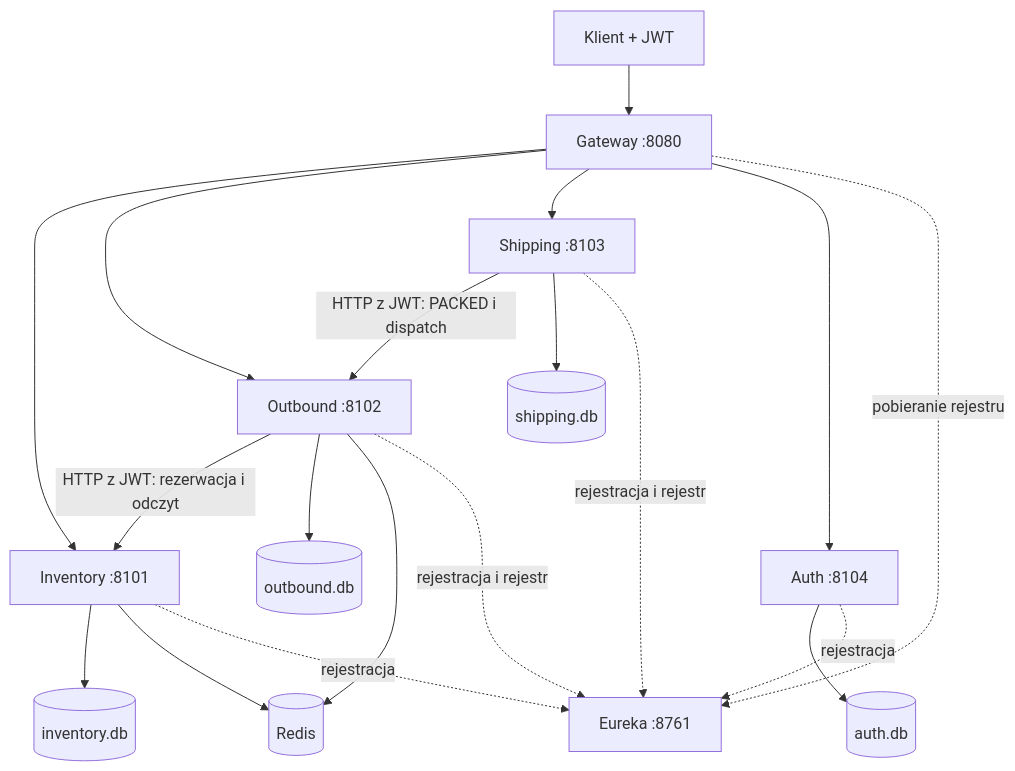
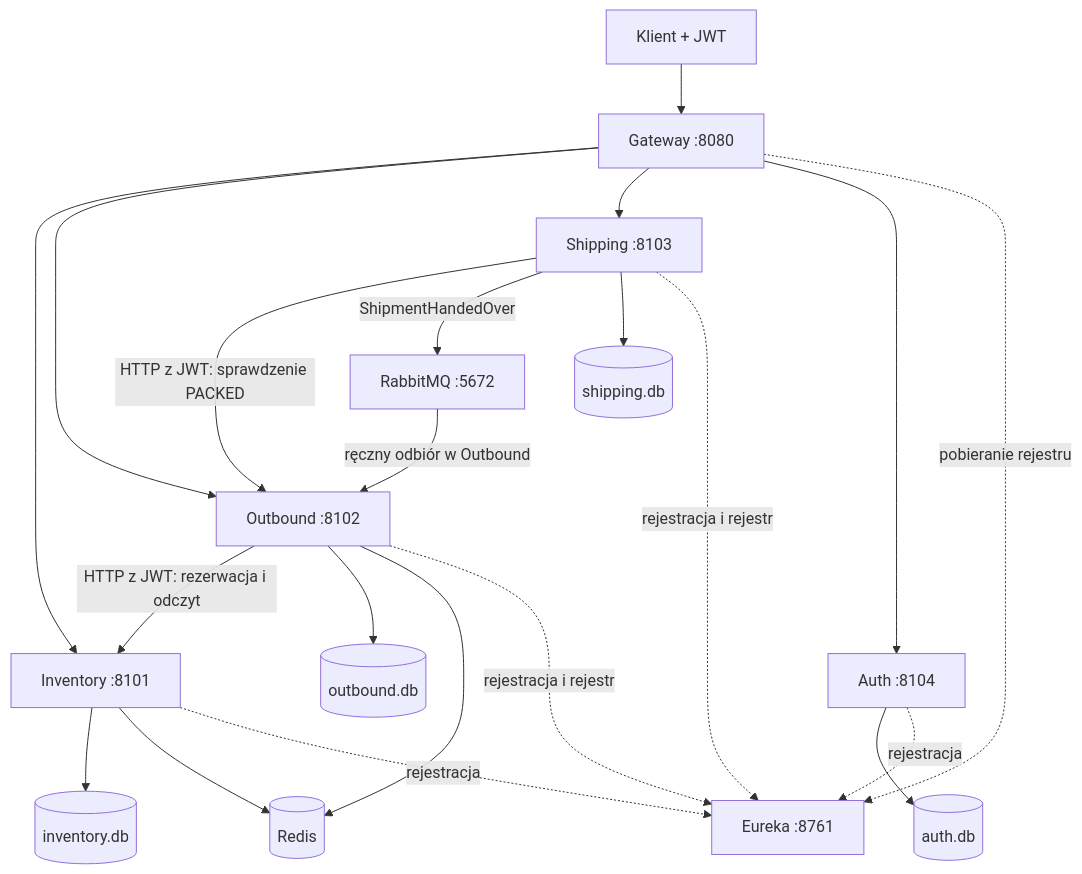
One commit to M3T1X1/web_microservices changed the first of 4 diagrams in README.md. Above: the diagram before and after it, drawn with Mermaid. The commit also changed other lines of this file and 25 other files, not shown here.

Commit message:
feat: add RabbitMQ adapter and ShipmentHandedOver event

````diff
--- a/README.md
+++ b/README.md
@@ -16,21 +16,23 @@
 ```mermaid
 flowchart TB
     C[Klient + JWT] --> G[Gateway :8080]
     G --> I[Inventory :8101]
     G --> O[Outbound :8102]
     G --> S[Shipping :8103]
     G --> A[Auth :8104]
     O -->|HTTP z JWT: rezerwacja i odczyt| I
-    S -->|HTTP z JWT: PACKED i dispatch| O
+    S -->|HTTP z JWT: sprawdzenie PACKED| O
+    S -->|ShipmentHandedOver| B[RabbitMQ :5672]
+    B -->|ręczny odbiór w Outbound| O
     I --> ID[(inventory.db)]
     O --> OD[(outbound.db)]
     S --> SD[(shipping.db)]
     A --> AD[(auth.db)]
     I --> R[(Redis)]
     O --> R
     G -. pobieranie rejestru .-> E[Eureka :8761]
     I -. rejestracja .-> E
     O -. rejestracja i rejestr .-> E
     S -. rejestracja i rejestr .-> E
     A -. rejestracja .-> E
 ```
````
